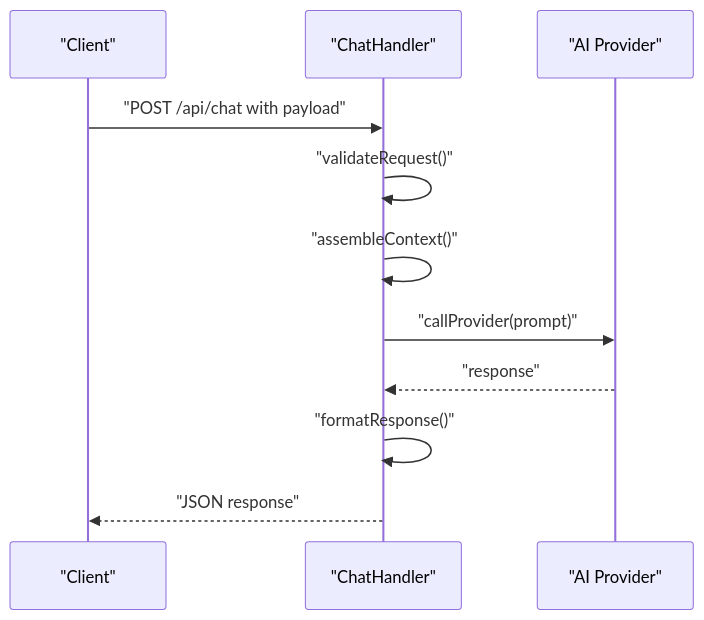
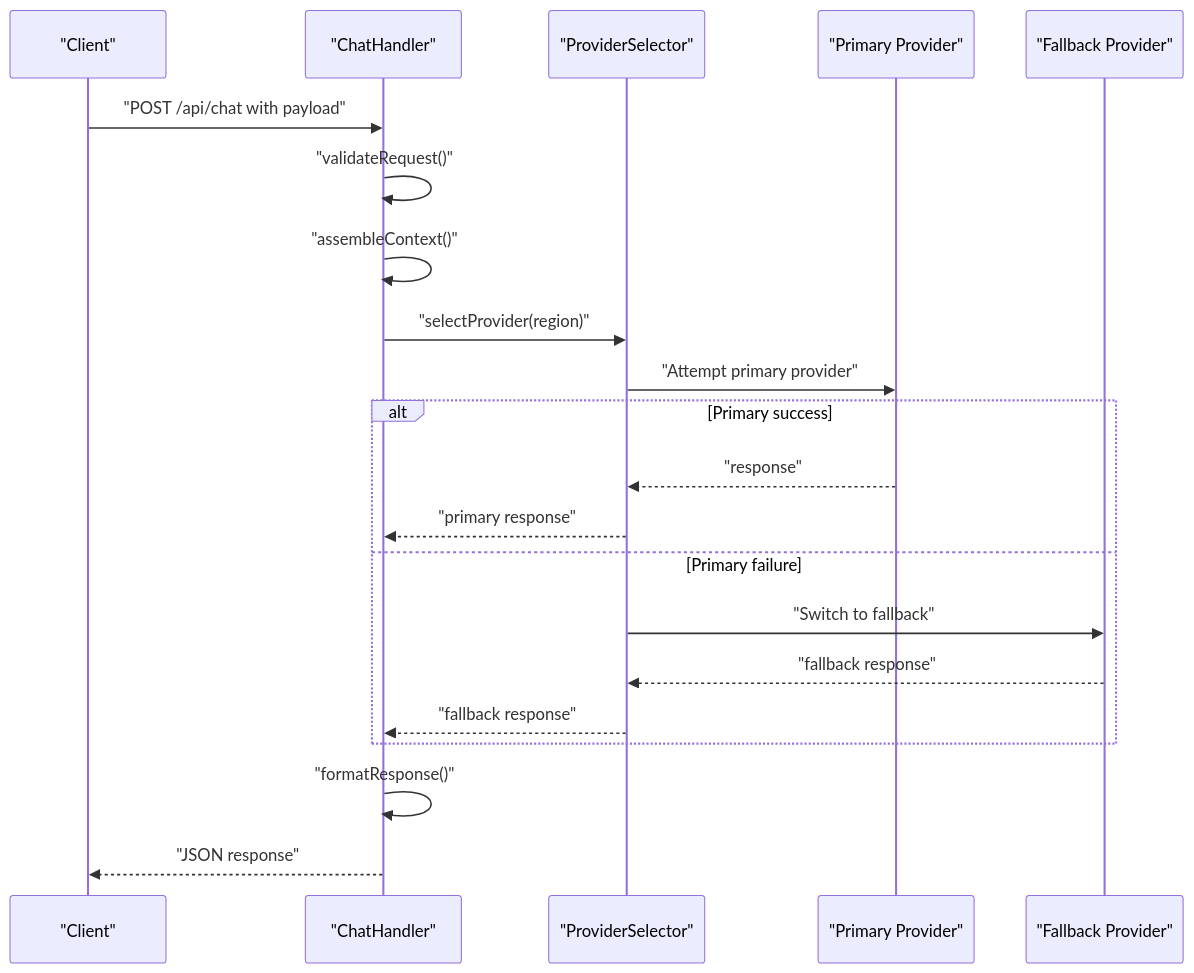
Before and after one commit to zmyeo54/briefroom: the fourth of 7 diagrams in .qoder/repowiki/en/content/API Reference/Chat API.md, drawn with Mermaid. The commit also changed other lines of this file and 42 other files, not shown here.

````diff
--- a/.qoder/repowiki/en/content/API Reference/Chat API.md
+++ b/.qoder/repowiki/en/content/API Reference/Chat API.md
@@ -174,13 +207,23 @@
 ```mermaid
 sequenceDiagram
 participant Client as "Client"
 participant Handler as "ChatHandler"
-participant Provider as "AI Provider"
+participant Selector as "ProviderSelector"
+participant Primary as "Primary Provider"
+participant Fallback as "Fallback Provider"
 Client->>Handler : "POST /api/chat with payload"
 Handler->>Handler : "validateRequest()"
 Handler->>Handler : "assembleContext()"
-Handler->>Provider : "callProvider(prompt)"
-Provider-->>Handler : "response"
+Handler->>Selector : "selectProvider(region)"
+Selector->>Primary : "Attempt primary provider"
+alt Primary success
+Primary-->>Selector : "response"
+Selector-->>Handler : "primary response"
+else Primary failure
+Selector->>Fallback : "Switch to fallback"
+Fallback-->>Selector : "fallback response"
+Selector-->>Handler : "fallback response"
+end
 Handler->>Handler : "formatResponse()"
 Handler-->>Client : "JSON response"
 ```
````
